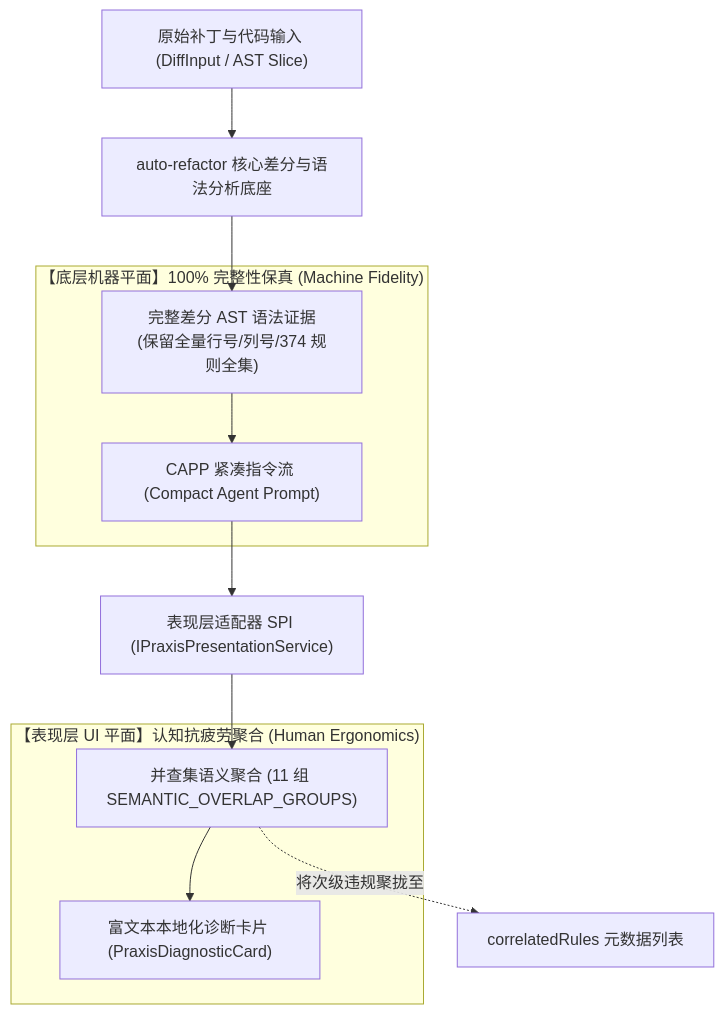
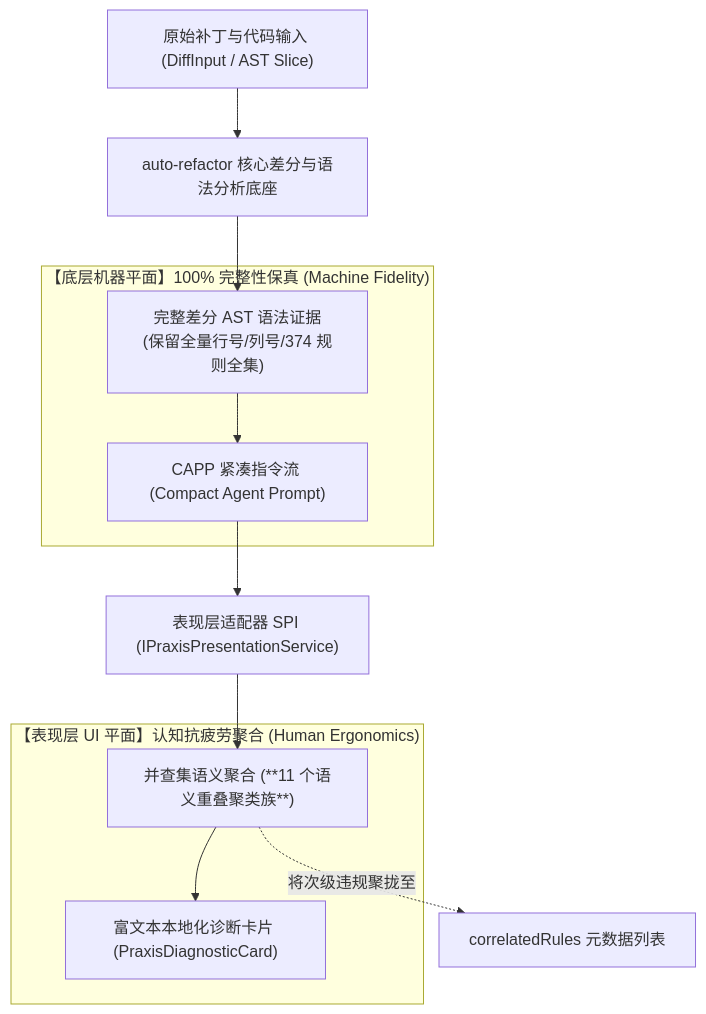
One commit to guilingzhouyi-creator/vscode-extensions changed the first of 2 diagrams in auto-refactor/docs/06-praxis-delivery/01-praxis-architecture-and-spi-contracts.md. Above: the diagram before and after it, drawn with Mermaid. The commit also changed other lines of this file and 11 other files, not shown here.

````diff
--- a/auto-refactor/docs/06-praxis-delivery/01-praxis-architecture-and-spi-contracts.md
+++ b/auto-refactor/docs/06-praxis-delivery/01-praxis-architecture-and-spi-contracts.md
@@ -14,21 +14,21 @@
 ```mermaid
 flowchart TD
     DIFF["原始补丁与代码输入 (DiffInput / AST Slice)"] --> CORE["auto-refactor 核心差分与语法分析底座"]
     
     subgraph MachinePlane["【底层机器平面】100% 完整性保真 (Machine Fidelity)"]
         AST_COMPLETE["完整差分 AST 语法证据<br/>(保留全量行号/列号/374 规则全集)"]
         CAPP["CAPP 紧凑指令流 (Compact Agent Prompt)"]
     end
     
     subgraph HumanPlane["【表现层 UI 平面】认知抗疲劳聚合 (Human Ergonomics)"]
-        UNION_FIND["并查集语义聚合 (11 组 SEMANTIC_OVERLAP_GROUPS)"]
+        UNION_FIND["并查集语义聚合 (<!-- METRICS:BEGIN overlap-cluster-count -->**11 个语义重叠聚类族**<!-- METRICS:END overlap-cluster-count -->)"]
         CARDS["富文本本地化诊断卡片 (PraxisDiagnosticCard)"]
     end
     
     CORE --> AST_COMPLETE
     AST_COMPLETE --> CAPP
     CAPP --> IPres["表现层适配器 SPI (IPraxisPresentationService)"]
     IPres --> UNION_FIND
     UNION_FIND --> CARDS
     UNION_FIND -.->|将次级违规聚拢至| META["correlatedRules 元数据列表"]
 ```
````
